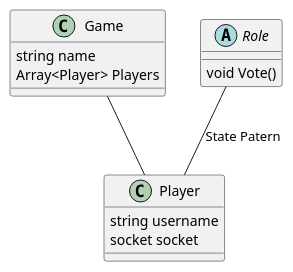
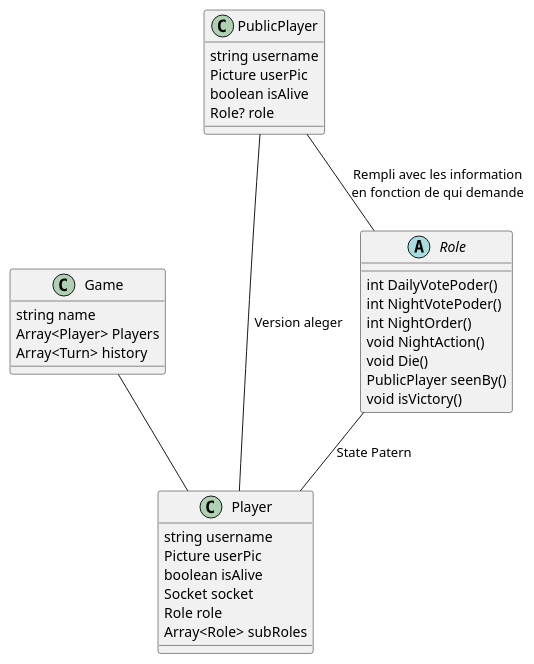
Before and after one commit to batleforc/LoupGraou: the diagram in analyse/game.puml, drawn with PlantUML. The commit also changed 1 other file, not shown here.

Commit message:
[add] Chat and Function to Role

```diff
--- a/analyse/game.puml
+++ b/analyse/game.puml
@@ -1,19 +1,39 @@
 @startuml
 
 class Game{
   string name
   Array<Player> Players
+  Array<Turn> history
 }
 
 
 class Player{
   string username
-  socket socket
+  Picture userPic
+  boolean isAlive
+  Socket socket
+  Role role
+  Array<Role> subRoles
 }
 abstract Role {
-  void Vote()
+  int DailyVotePoder()
+  int NightVotePoder()
+  int NightOrder()
+  void NightAction()
+  void Die()
+  PublicPlayer seenBy()
+  void isVictory()
+}
+
+class PublicPlayer{
+  string username
+  Picture userPic
+  boolean isAlive
+  Role? role
 }
 
 Role -- Player : "State Patern"
-Game -- Player 
+Game -- Player
+PublicPlayer -- Role : Rempli avec les information\nen fonction de qui demande
+PublicPlayer -- Player : Version aleger
 @enduml
```
